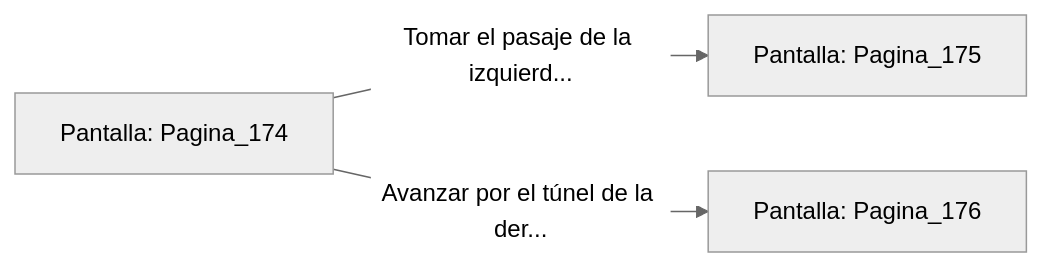
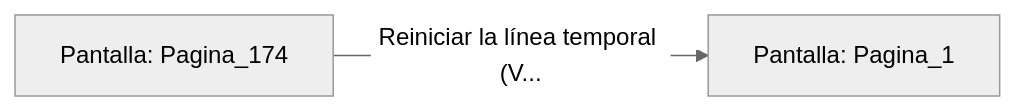
The diagram in sample/eligejuego-vault/Pantalla_Pagina_174.md (metsuke/mpl), drawn with Mermaid (neutral theme) before and after one commit. The commit also changed other lines of this file and 635 other files, not shown here.

First line of the commit message:
fix: añadir Pagina_1 como pantalla inicial en capitulo_01.mpl

````diff
--- a/sample/eligejuego-vault/Pantalla_Pagina_174.md
+++ b/sample/eligejuego-vault/Pantalla_Pagina_174.md
@@ -20,6 +17,5 @@
 ```mermaid
 graph LR
     P_Pagina_174["Pantalla: Pagina_174"]
-    P_Pagina_174 -->|"Tomar el pasaje de la izquierd..."| P_Pagina_175["Pantalla: Pagina_175"]
-    P_Pagina_174 -->|"Avanzar por el túnel de la der..."| P_Pagina_176["Pantalla: Pagina_176"]
+    P_Pagina_174 -->|"Reiniciar la línea temporal (V..."| P_Pagina_1["Pantalla: Pagina_1"]
 ```
````
